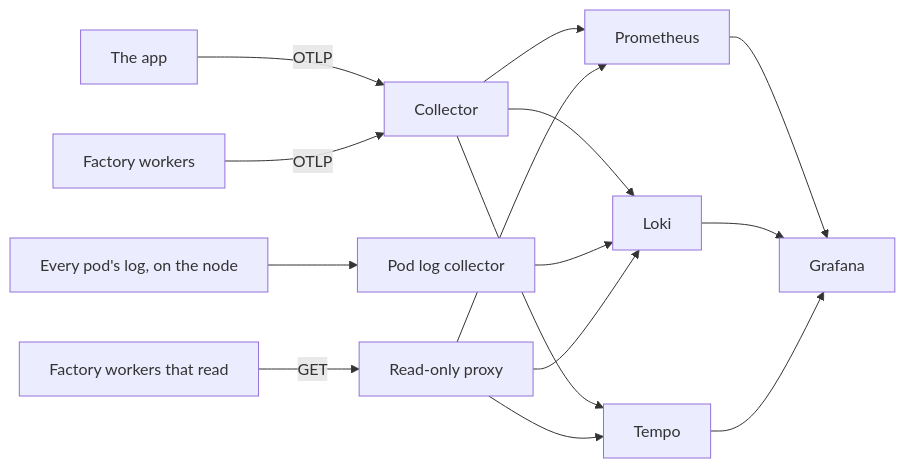
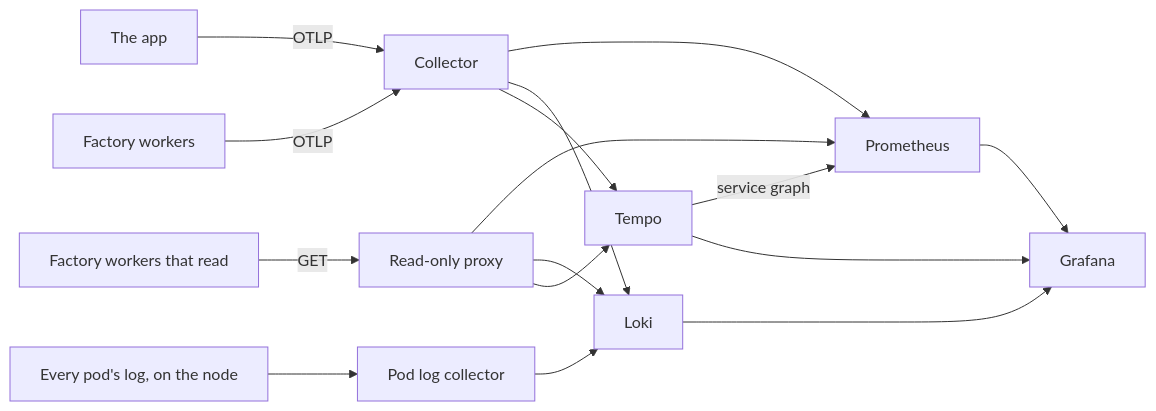
One commit to mrogan/cv-software-factory changed the diagram in docs/COMPONENTS/TELEMETRY.md. Above: the diagram before and after it, drawn with Mermaid. The commit also changed other lines of this file and 20 other files, not shown here.

````diff
--- a/docs/COMPONENTS/TELEMETRY.md
+++ b/docs/COMPONENTS/TELEMETRY.md
@@ -8,12 +8,13 @@
 ```mermaid
 flowchart LR
   app[The app] -- OTLP --> collector[Collector]
   workers[Factory workers] -- OTLP --> collector
   collector --> prometheus[Prometheus]
   collector --> loki[Loki]
   collector --> tempo[Tempo]
+  tempo -- service graph --> prometheus
   pods[Every pod's log, on the node] --> podlogs[Pod log collector] --> loki
   prometheus & loki & tempo --> grafana[Grafana]
   readers[Factory workers that read] -- GET --> query[Read-only proxy]
   query --> prometheus & loki & tempo
 ```
````
